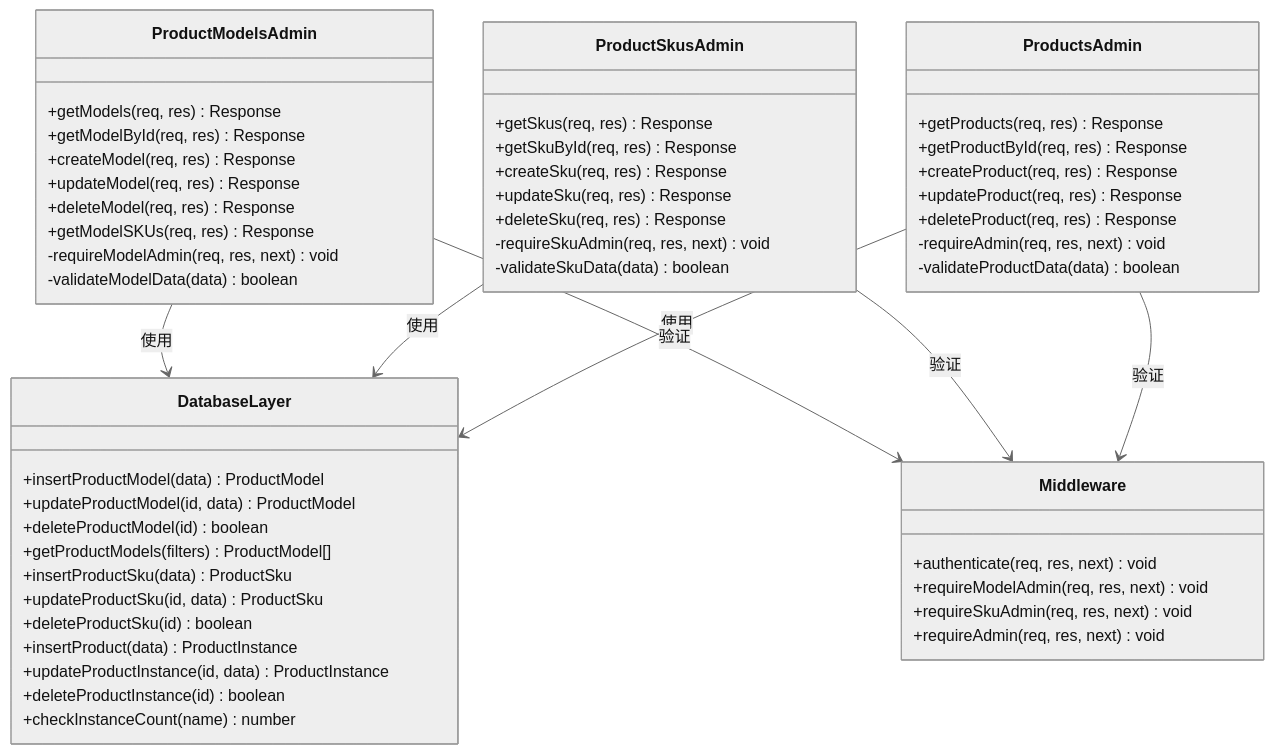
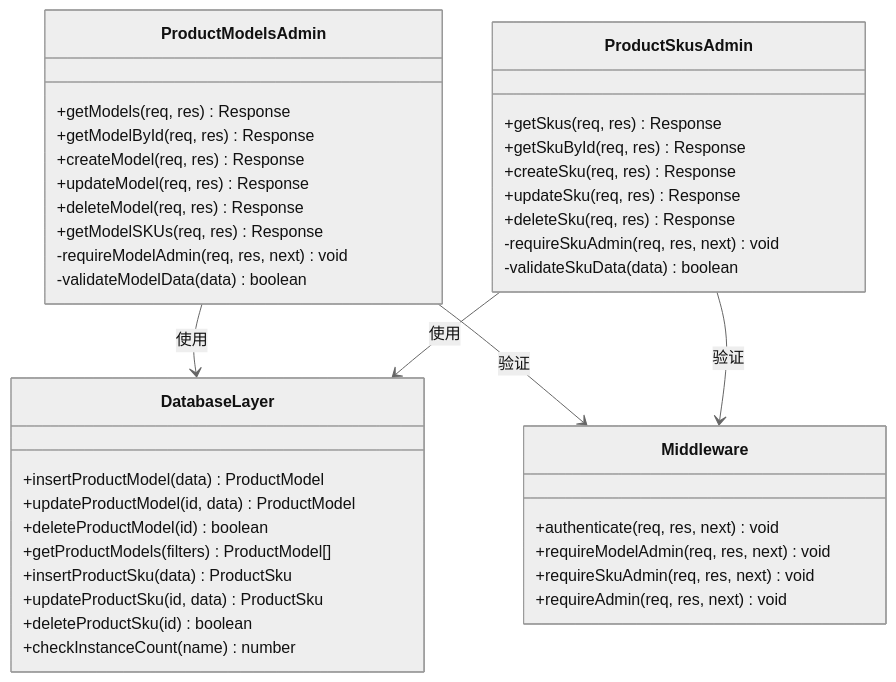
Before and after one commit to CubeEdge/Longhorn: the fifth of 8 diagrams in .qoder/repowiki/zh/content/数据库设计/产品型号管理系统.md, drawn with Mermaid (neutral theme). The commit also changed other lines of this file and 53 other files, not shown here.

````diff
--- a/.qoder/repowiki/zh/content/数据库设计/产品型号管理系统.md
+++ b/.qoder/repowiki/zh/content/数据库设计/产品型号管理系统.md
@@ -340,56 +342,42 @@
 ```mermaid
 classDiagram
 class ProductModelsAdmin {
 +getModels(req, res) Response
 +getModelById(req, res) Response
 +createModel(req, res) Response
 +updateModel(req, res) Response
 +deleteModel(req, res) Response
 +getModelSKUs(req, res) Response
 -requireModelAdmin(req, res, next) void
 -validateModelData(data) boolean
 }
 class ProductSkusAdmin {
 +getSkus(req, res) Response
 +getSkuById(req, res) Response
 +createSku(req, res) Response
 +updateSku(req, res) Response
 +deleteSku(req, res) Response
 -requireSkuAdmin(req, res, next) void
 -validateSkuData(data) boolean
 }
-class ProductsAdmin {
-+getProducts(req, res) Response
-+getProductById(req, res) Response
-+createProduct(req, res) Response
-+updateProduct(req, res) Response
-+deleteProduct(req, res) Response
--requireAdmin(req, res, next) void
--validateProductData(data) boolean
-}
 class DatabaseLayer {
 +insertProductModel(data) ProductModel
 +updateProductModel(id, data) ProductModel
 +deleteProductModel(id) boolean
 +getProductModels(filters) ProductModel[]
 +insertProductSku(data) ProductSku
 +updateProductSku(id, data) ProductSku
 +deleteProductSku(id) boolean
-+insertProduct(data) ProductInstance
-+updateProductInstance(id, data) ProductInstance
-+deleteProductInstance(id) boolean
 +checkInstanceCount(name) number
 }
 class Middleware {
 +authenticate(req, res, next) void
 +requireModelAdmin(req, res, next) void
 +requireSkuAdmin(req, res, next) void
 +requireAdmin(req, res, next) void
 }
 ProductModelsAdmin --> DatabaseLayer : 使用
 ProductSkusAdmin --> DatabaseLayer : 使用
-ProductsAdmin --> DatabaseLayer : 使用
 ProductModelsAdmin --> Middleware : 验证
 ProductSkusAdmin --> Middleware : 验证
-ProductsAdmin --> Middleware : 验证
 ```
````
